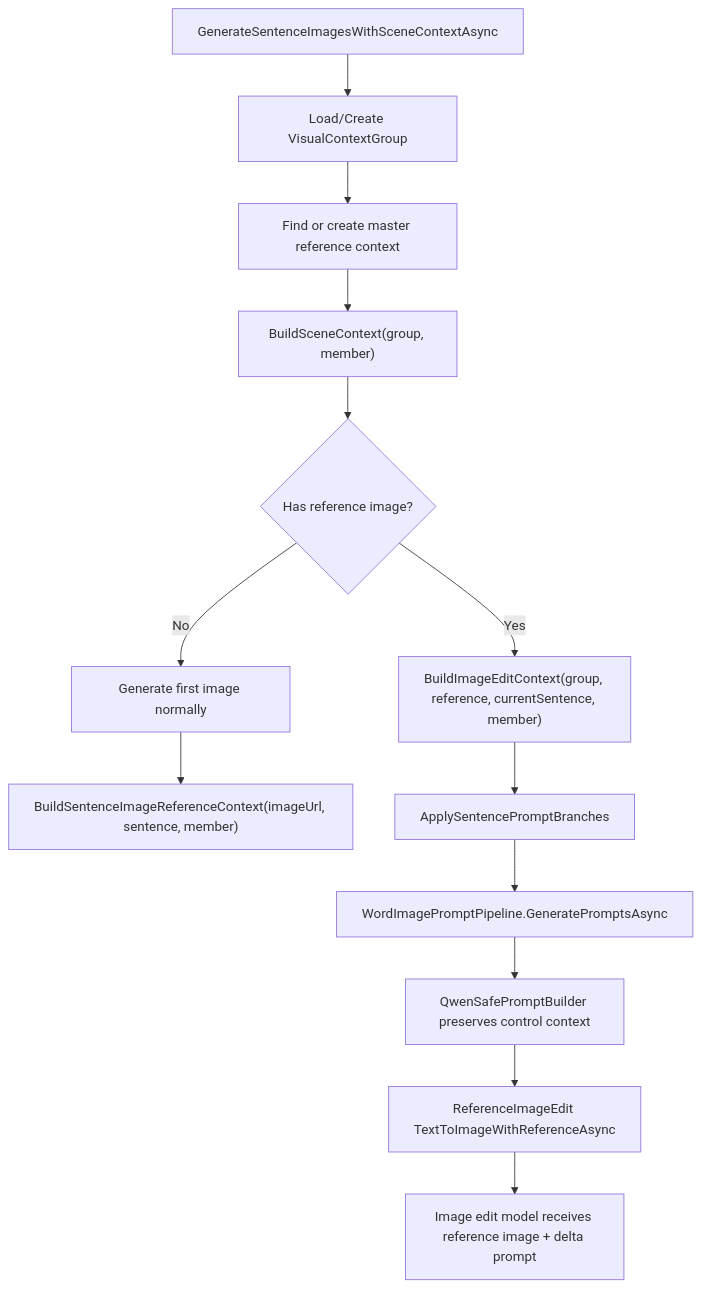
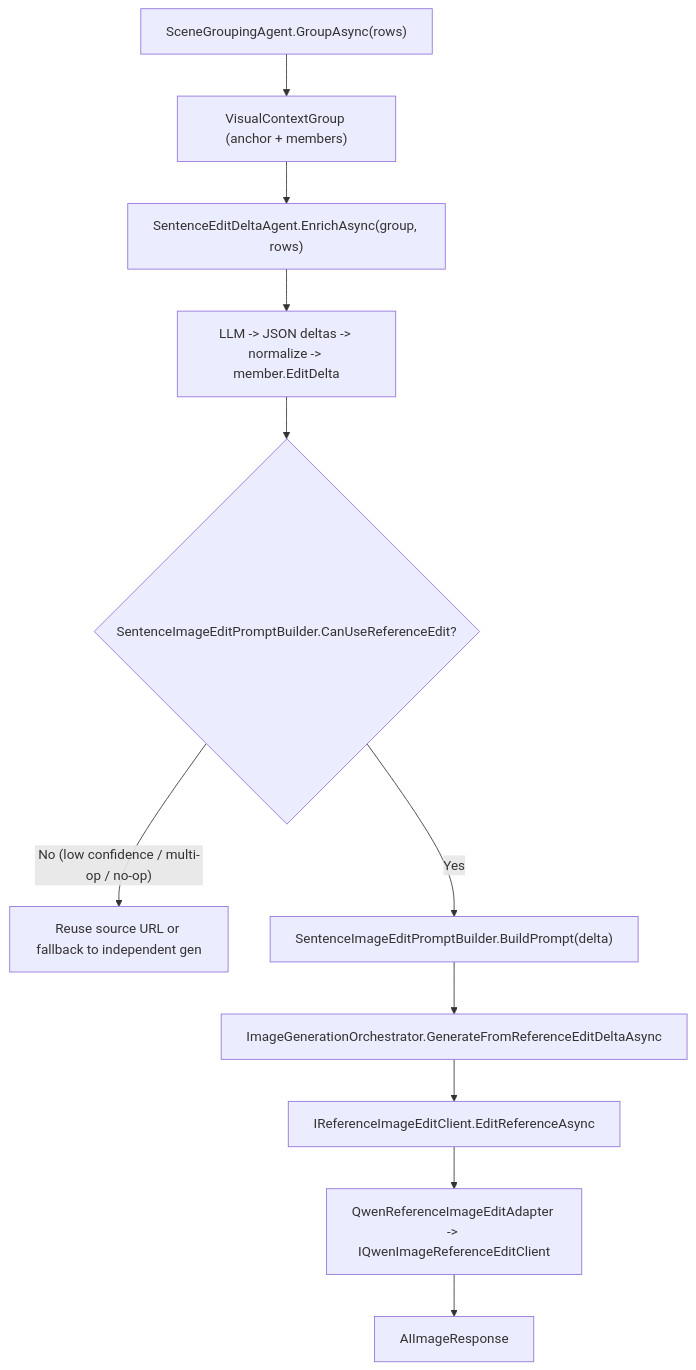
The diagram in MS.Microservice.AI/docs/sentence-image-reference-edit-delta-design.md (MarsonShine/MS.Microservice), drawn with Mermaid before and after one commit. The commit also changed other lines of this file and 22 other files, not shown here.

````diff
--- a/MS.Microservice.AI/docs/sentence-image-reference-edit-delta-design.md
+++ b/MS.Microservice.AI/docs/sentence-image-reference-edit-delta-design.md
@@ -45,15 +25,13 @@
 ```mermaid
 flowchart TD
-    A["GenerateSentenceImagesWithSceneContextAsync"] --> B["Load/Create VisualContextGroup"]
-    B --> C["Find or create master reference context"]
-    C --> D["BuildSceneContext(group, member)"]
-    D --> E{"Has reference image?"}
-    E -- "No" --> F["Generate first image normally"]
-    F --> G["BuildSentenceImageReferenceContext(imageUrl, sentence, member)"]
-    E -- "Yes" --> H["BuildImageEditContext(group, reference, currentSentence, member)"]
-    H --> I["ApplySentencePromptBranches"]
-    I --> J["WordImagePromptPipeline.GeneratePromptsAsync"]
-    J --> K["QwenSafePromptBuilder preserves control context"]
-    K --> L["ReferenceImageEdit TextToImageWithReferenceAsync"]
-    L --> M["Image edit model receives reference image + delta prompt"]
+    A["SceneGroupingAgent.GroupAsync(rows)"] --> B["VisualContextGroup (anchor + members)"]
+    B --> C["SentenceEditDeltaAgent.EnrichAsync(group, rows)"]
+    C --> C1["LLM -> JSON deltas -> normalize -> member.EditDelta"]
+    C1 --> D{"SentenceImageEditPromptBuilder.CanUseReferenceEdit?"}
+    D -- "No (low confidence / multi-op / no-op)" --> E["Reuse source URL or fallback to independent gen"]
+    D -- "Yes" --> F["SentenceImageEditPromptBuilder.BuildPrompt(delta)"]
+    F --> G["ImageGenerationOrchestrator.GenerateFromReferenceEditDeltaAsync"]
+    G --> H["IReferenceImageEditClient.EditReferenceAsync"]
+    H --> I["QwenReferenceImageEditAdapter -> IQwenImageReferenceEditClient"]
+    I --> J["AIImageResponse"]
 ```
````
